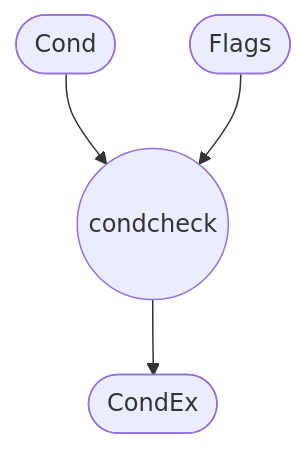
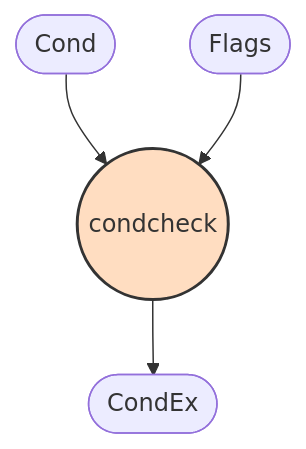
Before and after one commit to granitespinoza/arqui: the diagram in docs/module_diagrams/condcheck.md, drawn with Mermaid. The commit also changed 18 other files, not shown here.

Commit message:
Improve module diagrams with colors

````diff
--- a/docs/module_diagrams/condcheck.md
+++ b/docs/module_diagrams/condcheck.md
@@ -3,6 +3,9 @@
 ```mermaid
 flowchart TD
+    classDef main fill:#FFDDC1,stroke:#333,stroke-width:2px
+    classDef sub fill:#BBE1FA,stroke:#333
     Cond([Cond]) --> cc((condcheck))
     Flags([Flags]) --> cc
     cc --> CondEx([CondEx])
+    class cc main
 ```
````
